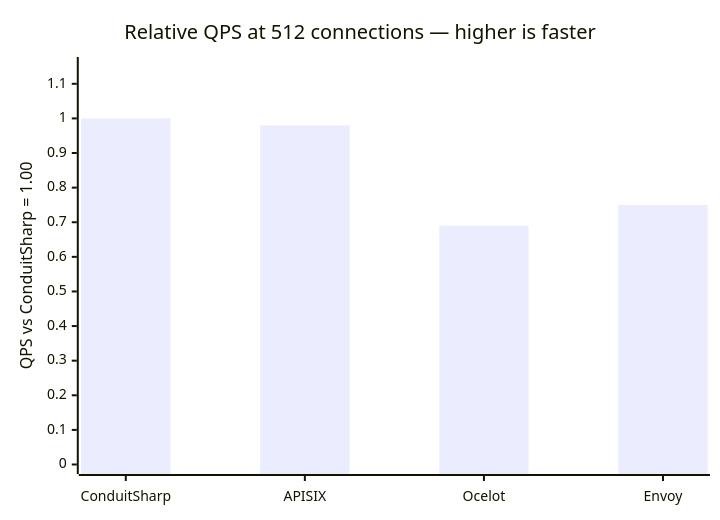
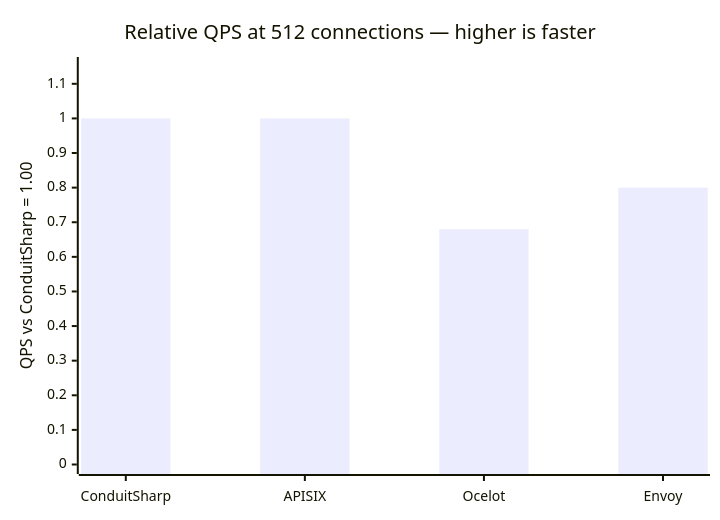
One commit to liqngliz/ConduitSharp changed the third of 8 diagrams in README.md. Above: the diagram before and after it, drawn with Mermaid. The commit also changed other lines of this file and 1 other file, not shown here.

````diff
--- a/README.md
+++ b/README.md
@@ -375,7 +375,7 @@
 ```mermaid
 xychart-beta
     title "Relative QPS at 512 connections — higher is faster"
     x-axis ["ConduitSharp", "APISIX", "Ocelot", "Envoy"]
     y-axis "QPS vs ConduitSharp = 1.00" 0 --> 1.15
-    bar [1.00, 0.98, 0.69, 0.75]
+    bar [1.00, 1.00, 0.68, 0.80]
 ```
````
